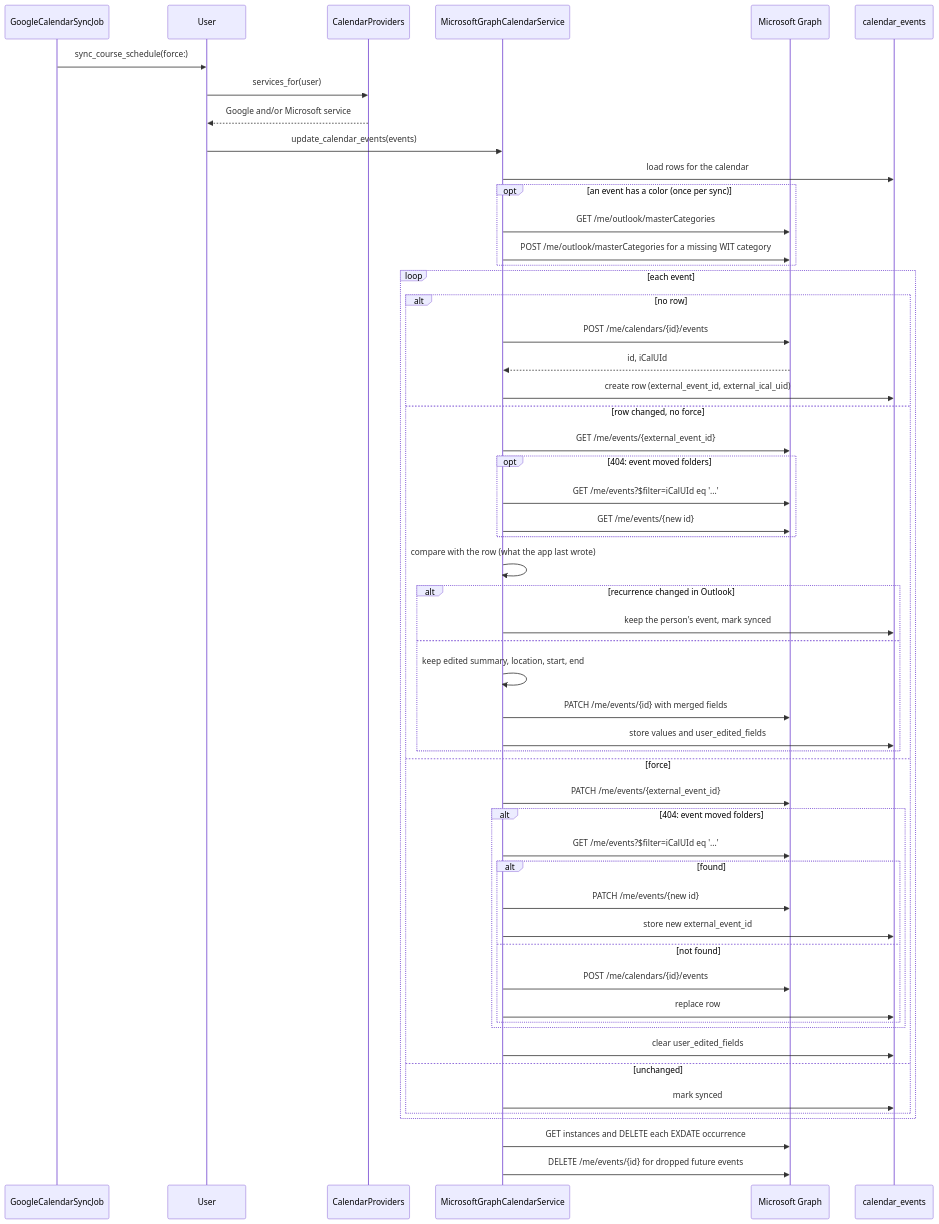
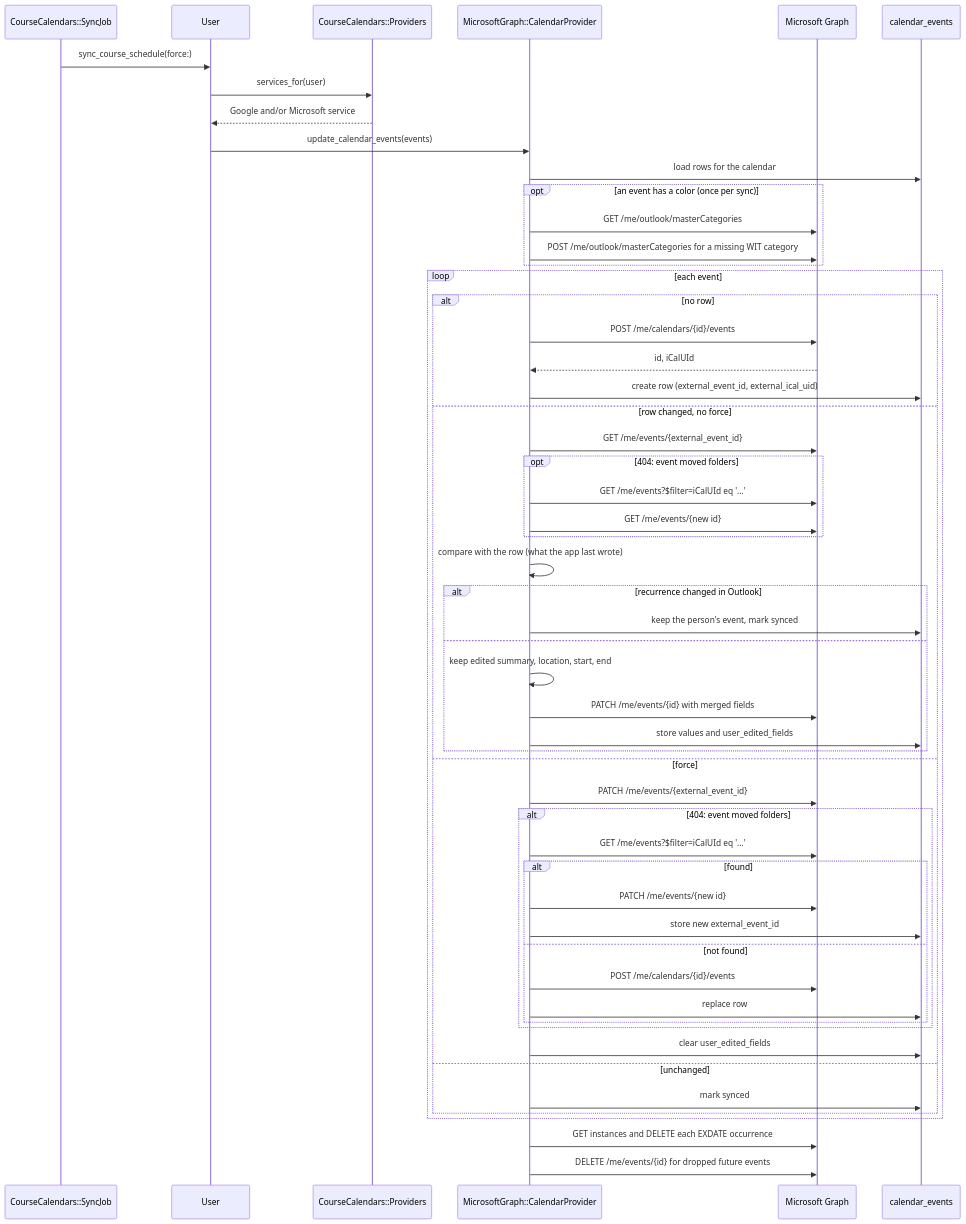
The second of 2 diagrams in docs/microsoft-graph-calendar.md (WITCodingClub/calendar-backend), drawn with Mermaid before and after one commit. The commit also changed other lines of this file and 128 other files, not shown here.

Commit message:
refactor: move calendar sync code into its namespace

````diff
--- a/docs/microsoft-graph-calendar.md
+++ b/docs/microsoft-graph-calendar.md
@@ -121,57 +121,57 @@
 ```mermaid
 sequenceDiagram
-    participant Job as GoogleCalendarSyncJob
+    participant Job as CourseCalendars::SyncJob
     participant User as User#sync_course_schedule
-    participant Providers as CalendarProviders
-    participant MS as MicrosoftGraphCalendarService
+    participant Providers as CourseCalendars::Providers
+    participant MS as MicrosoftGraph::CalendarProvider
     participant Graph as Microsoft Graph
     participant DB as calendar_events
 
     Job->>User: sync_course_schedule(force:)
     User->>Providers: services_for(user)
     Providers-->>User: Google and/or Microsoft service
     User->>MS: update_calendar_events(events)
     MS->>DB: load rows for the calendar
     opt an event has a color (once per sync)
         MS->>Graph: GET /me/outlook/masterCategories
         MS->>Graph: POST /me/outlook/masterCategories for a missing WIT category
     end
     loop each event
         alt no row
             MS->>Graph: POST /me/calendars/{id}/events
             Graph-->>MS: id, iCalUId
             MS->>DB: create row (external_event_id, external_ical_uid)
         else row changed, no force
             MS->>Graph: GET /me/events/{external_event_id}
             opt 404: event moved folders
                 MS->>Graph: GET /me/events?$filter=iCalUId eq '...'
                 MS->>Graph: GET /me/events/{new id}
             end
             MS->>MS: compare with the row (what the app last wrote)
             alt recurrence changed in Outlook
                 MS->>DB: keep the person's event, mark synced
             else
                 MS->>MS: keep edited summary, location, start, end
                 MS->>Graph: PATCH /me/events/{id} with merged fields
                 MS->>DB: store values and user_edited_fields
             end
         else force
             MS->>Graph: PATCH /me/events/{external_event_id}
             alt 404: event moved folders
                 MS->>Graph: GET /me/events?$filter=iCalUId eq '...'
                 alt found
                     MS->>Graph: PATCH /me/events/{new id}
                     MS->>DB: store new external_event_id
                 else not found
                     MS->>Graph: POST /me/calendars/{id}/events
                     MS->>DB: replace row
                 end
             end
             MS->>DB: clear user_edited_fields
         else unchanged
             MS->>DB: mark synced
         end
     end
     MS->>Graph: GET instances and DELETE each EXDATE occurrence
     MS->>Graph: DELETE /me/events/{id} for dropped future events
 ```
````
